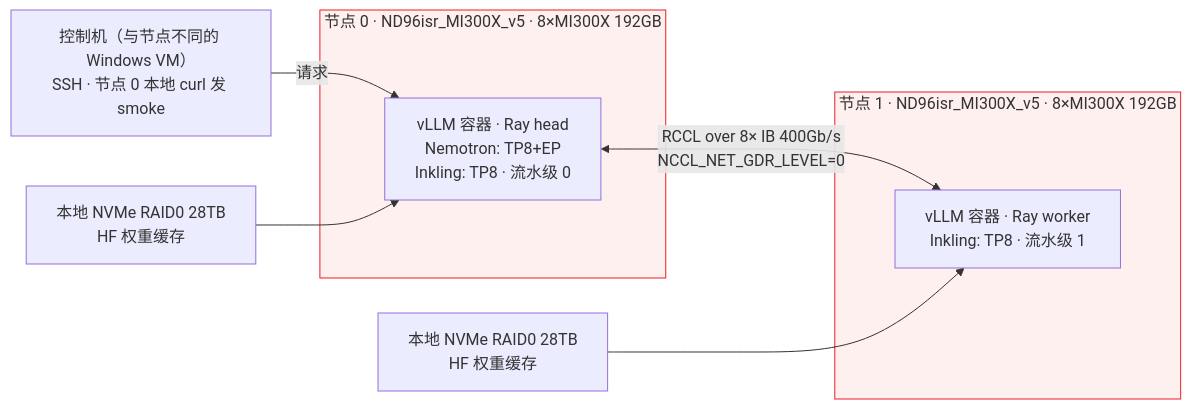
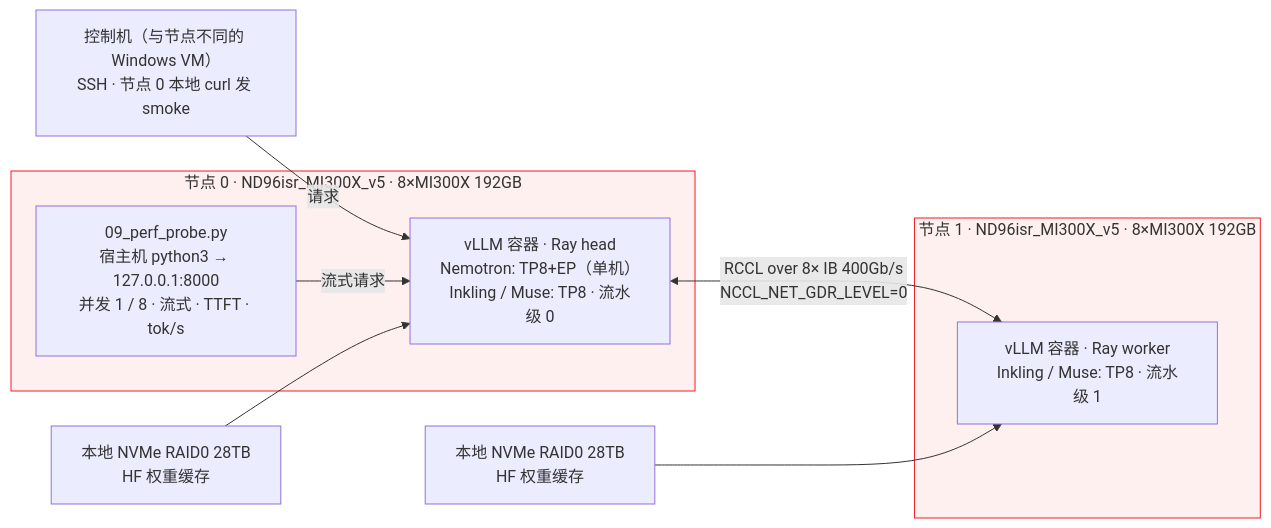
The second of 2 diagrams in Deep-Learning/Large-MoE-Precision-and-Deployment-Guide/README_CN.md (david-xinyuwei/david-share), drawn with Mermaid before and after one commit. The commit also changed other lines of this file and 52 other files, not shown here.

First line of the commit message:
Large-MoE guide: MI300X run 2 — serving-speed probe for all three BF16 models, Muse passes on v0.33.0

````diff
--- a/Deep-Learning/Large-MoE-Precision-and-Deployment-Guide/README_CN.md
+++ b/Deep-Learning/Large-MoE-Precision-and-Deployment-Guide/README_CN.md
@@ -289,15 +289,17 @@
 ```mermaid
 flowchart LR
     subgraph N0["节点 0 · ND96isr_MI300X_v5 · 8×MI300X 192GB"]
-        C0["vLLM 容器 · Ray head<br/>Nemotron: TP8+EP<br/>Inkling: TP8 · 流水级 0"]
+        C0["vLLM 容器 · Ray head<br/>Nemotron: TP8+EP（单机）<br/>Inkling / Muse: TP8 · 流水级 0"]
+        P["09_perf_probe.py<br/>宿主机 python3 → 127.0.0.1:8000<br/>并发 1 / 8 · 流式 · TTFT · tok/s"]
     end
     subgraph N1["节点 1 · ND96isr_MI300X_v5 · 8×MI300X 192GB"]
-        C1["vLLM 容器 · Ray worker<br/>Inkling: TP8 · 流水级 1"]
+        C1["vLLM 容器 · Ray worker<br/>Inkling / Muse: TP8 · 流水级 1"]
     end
     W["控制机（与节点不同的 Windows VM）<br/>SSH · 节点 0 本地 curl 发 smoke"] -->|"请求"| C0
+    P -->|"流式请求"| C0
     C0 <-->|"RCCL over 8× IB 400Gb/s<br/>NCCL_NET_GDR_LEVEL=0"| C1
     NV0["本地 NVMe RAID0 28TB<br/>HF 权重缓存"] --> C0
     NV1["本地 NVMe RAID0 28TB<br/>HF 权重缓存"] --> C1
     style N0 fill:#fdf0ee,stroke:#ED1C24
     style N1 fill:#fdf0ee,stroke:#ED1C24
 ```
````
